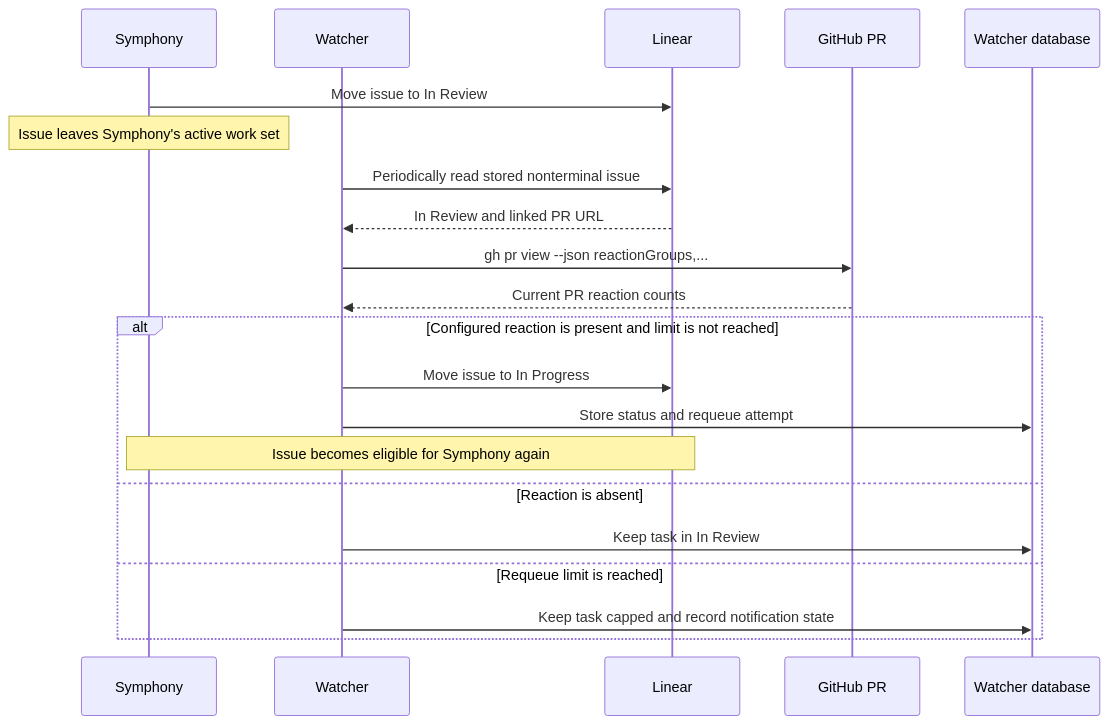
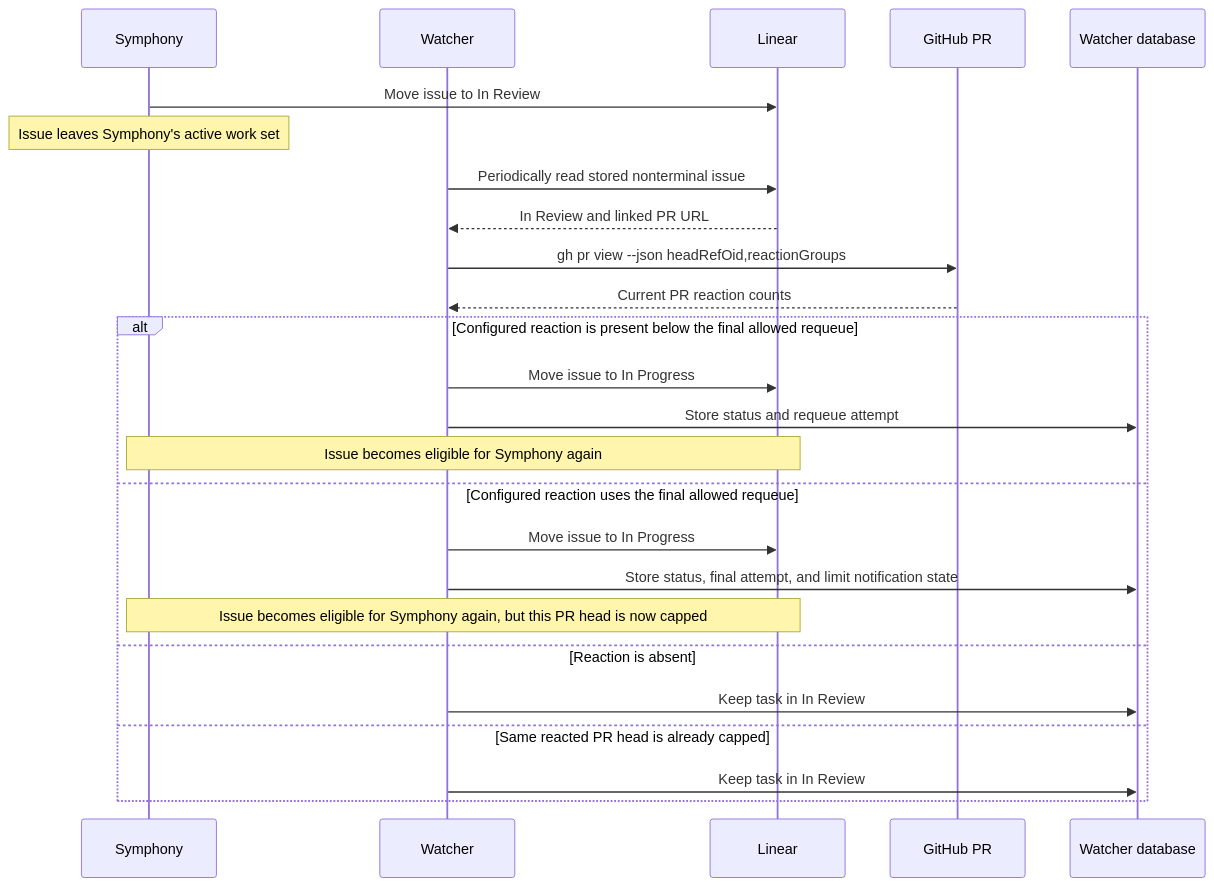
The second of 2 diagrams in docs/architecture.md (hiroppy/orchestrators), drawn with Mermaid before and after one commit.

Commit message:
fix: clarify review requeue limit flow

````diff
--- a/docs/architecture.md
+++ b/docs/architecture.md
@@ -90,24 +90,28 @@
 ```mermaid
 sequenceDiagram
   participant S as Symphony
   participant W as Watcher
   participant L as Linear
   participant G as GitHub PR
   participant DB as Watcher database
 
   S->>L: Move issue to In Review
   Note over S: Issue leaves Symphony's active work set
   W->>L: Periodically read stored nonterminal issue
   L-->>W: In Review and linked PR URL
-  W->>G: gh pr view --json reactionGroups,...
+  W->>G: gh pr view --json headRefOid,reactionGroups
   G-->>W: Current PR reaction counts
-  alt Configured reaction is present and limit is not reached
+  alt Configured reaction is present below the final allowed requeue
     W->>L: Move issue to In Progress
     W->>DB: Store status and requeue attempt
     Note over S,L: Issue becomes eligible for Symphony again
+  else Configured reaction uses the final allowed requeue
+    W->>L: Move issue to In Progress
+    W->>DB: Store status, final attempt, and limit notification state
+    Note over S,L: Issue becomes eligible for Symphony again, but this PR head is now capped
   else Reaction is absent
     W->>DB: Keep task in In Review
-  else Requeue limit is reached
-    W->>DB: Keep task capped and record notification state
+  else Same reacted PR head is already capped
+    W->>DB: Keep task in In Review
   end
 ```
````
